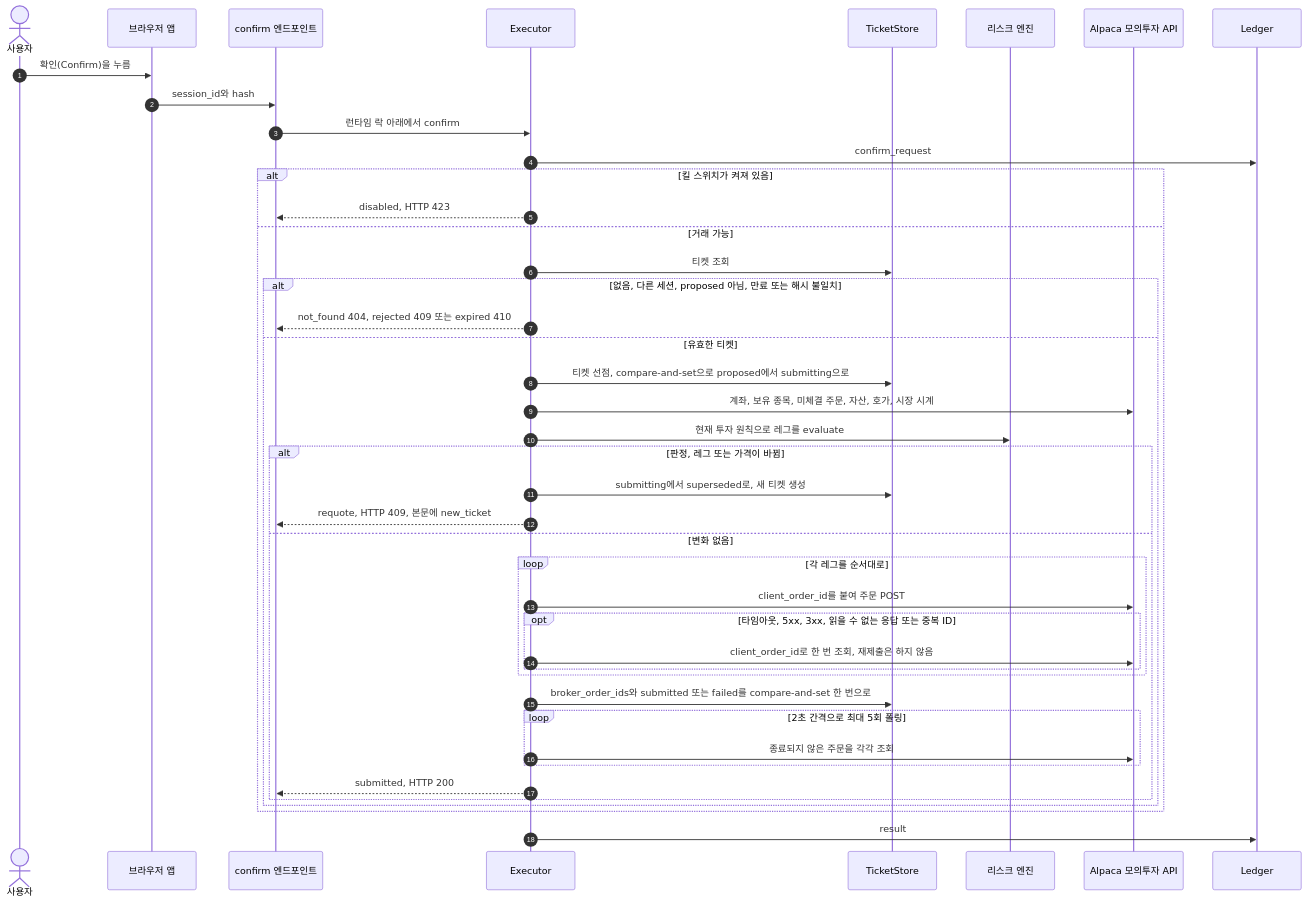
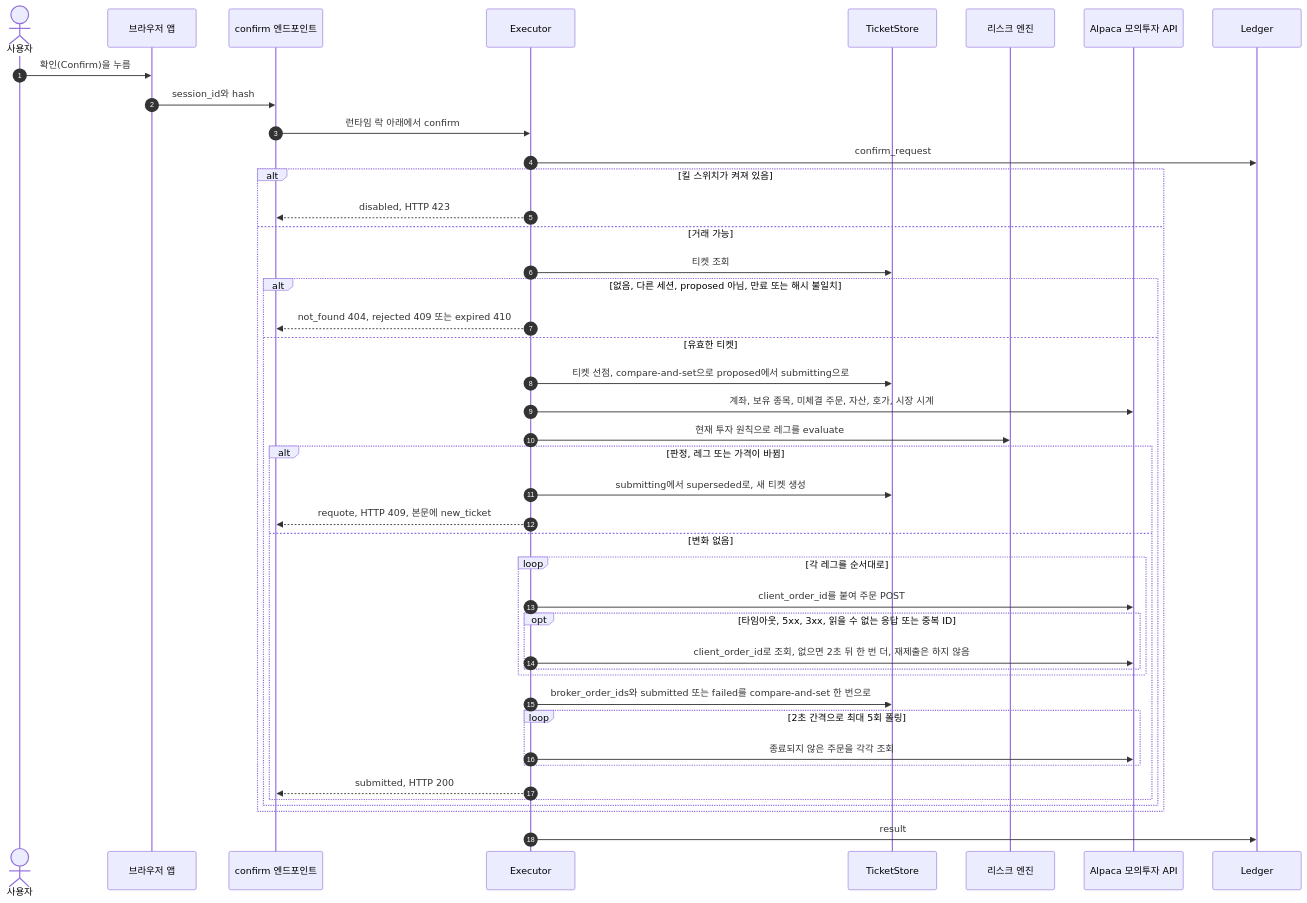
The seventh of 8 diagrams in docs/architecture.md (heon-1219/tradingDecisionAgent), drawn with Mermaid before and after one commit. The commit also changed other lines of this file and 2 other files, not shown here.

````diff
--- a/docs/architecture.md
+++ b/docs/architecture.md
@@ -779,46 +781,46 @@
 ```mermaid
 sequenceDiagram
     autonumber
     actor U as 사용자
     participant UI as 브라우저 앱
     participant API as confirm 엔드포인트
     participant X as Executor
     participant K as TicketStore
     participant R as 리스크 엔진
     participant B as Alpaca 모의투자 API
     participant G as Ledger
 
     U->>UI: 확인(Confirm)을 누름
     UI->>API: session_id와 hash
     API->>X: 런타임 락 아래에서 confirm
     X->>G: confirm_request
     alt 킬 스위치가 켜져 있음
         X-->>API: disabled, HTTP 423
     else 거래 가능
         X->>K: 티켓 조회
         alt 없음, 다른 세션, proposed 아님, 만료 또는 해시 불일치
             X-->>API: not_found 404, rejected 409 또는 expired 410
         else 유효한 티켓
             X->>K: 티켓 선점, compare-and-set으로 proposed에서 submitting으로
             X->>B: 계좌, 보유 종목, 미체결 주문, 자산, 호가, 시장 시계
             X->>R: 현재 투자 원칙으로 레그를 evaluate
             alt 판정, 레그 또는 가격이 바뀜
                 X->>K: submitting에서 superseded로, 새 티켓 생성
                 X-->>API: requote, HTTP 409, 본문에 new_ticket
             else 변화 없음
                 loop 각 레그를 순서대로
                     X->>B: client_order_id를 붙여 주문 POST
                     opt 타임아웃, 5xx, 3xx, 읽을 수 없는 응답 또는 중복 ID
-                        X->>B: client_order_id로 한 번 조회, 재제출은 하지 않음
+                        X->>B: client_order_id로 조회, 없으면 2초 뒤 한 번 더, 재제출은 하지 않음
                     end
                 end
                 X->>K: broker_order_ids와 submitted 또는 failed를 compare-and-set 한 번으로
                 loop 2초 간격으로 최대 5회 폴링
                     X->>B: 종료되지 않은 주문을 각각 조회
                 end
                 X-->>API: submitted, HTTP 200
             end
         end
     end
     X->>G: result
 ```
````
